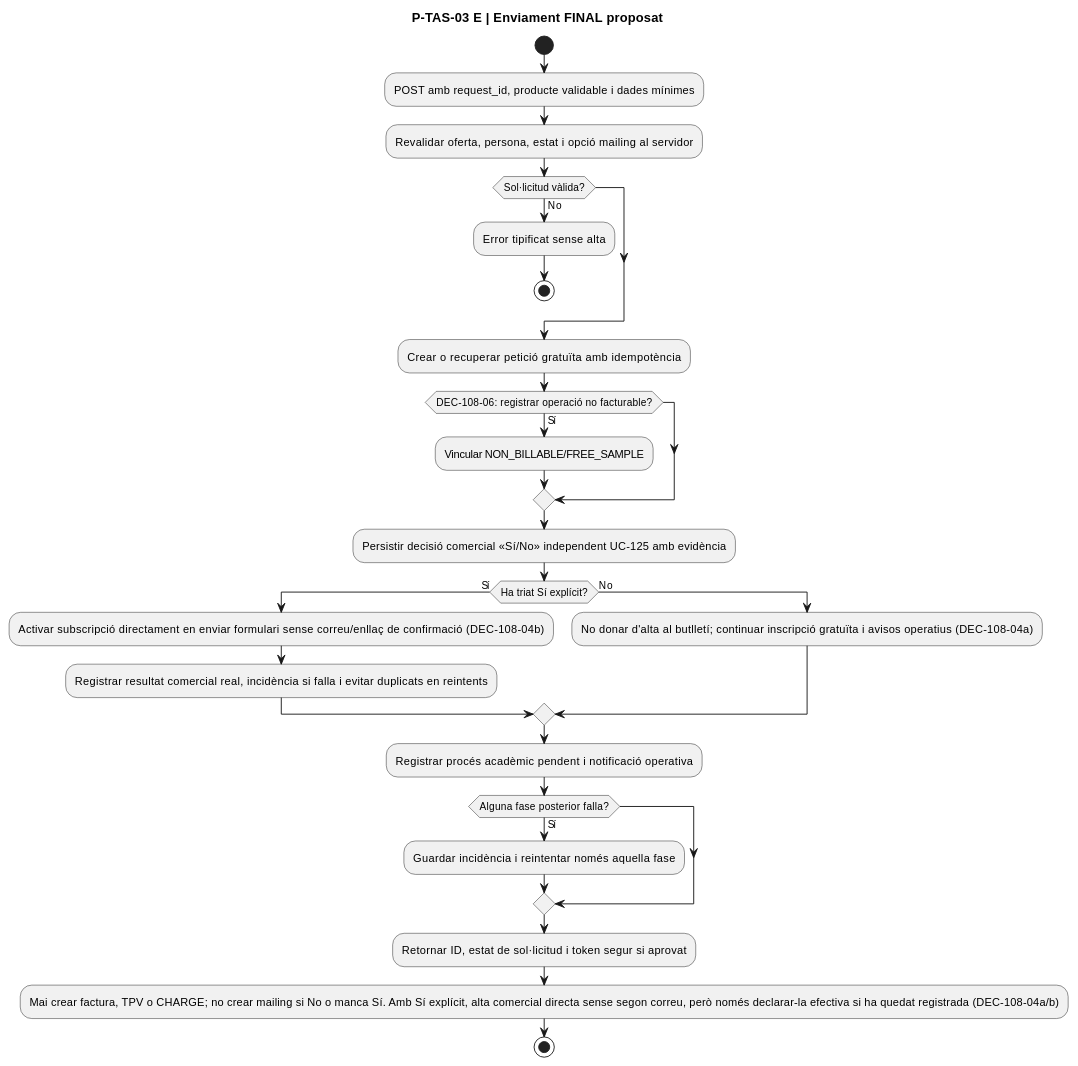
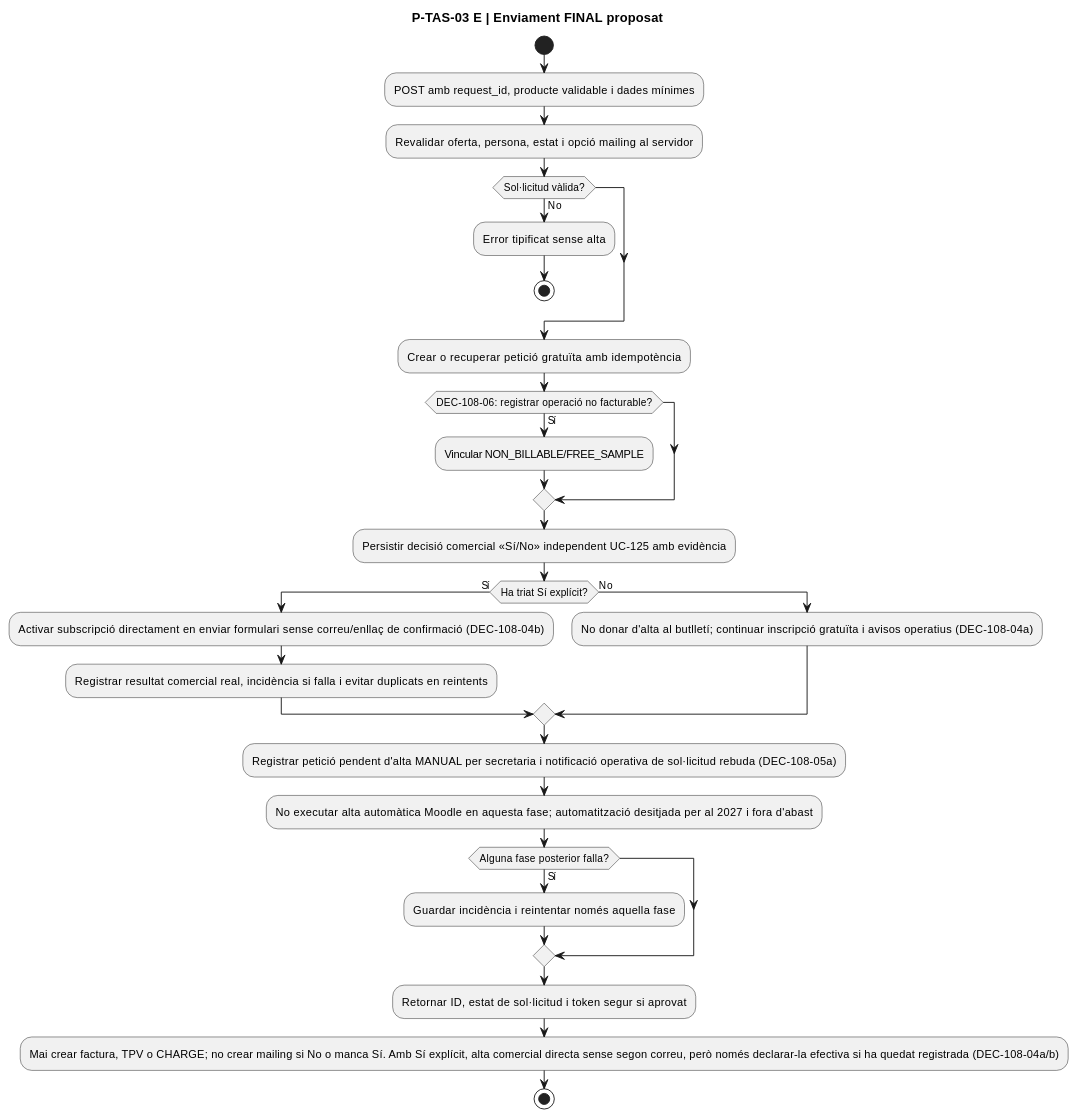
Diagram 26 of 32 in documentacio/07-uml-integrat/uc-108-activitats-pagines-tastets-actual-final.md (orgmeriemprismacat-del/verifactu), drawn with PlantUML before and after one commit. The commit also changed other lines of this file, not shown here.

Commit message:
docs(uml uc-108): reflect secretariat manual campus activation, 2027 automation future only

````diff
--- a/documentacio/07-uml-integrat/uc-108-activitats-pagines-tastets-actual-final.md
+++ b/documentacio/07-uml-integrat/uc-108-activitats-pagines-tastets-actual-final.md
@@ -636,30 +638,31 @@
 ```plantuml
 @startuml
 title P-TAS-03 E | Enviament FINAL proposat
 start
 :POST amb request_id, producte validable i dades mínimes;
 :Revalidar oferta, persona, estat i opció mailing al servidor;
 if (Sol·licitud vàlida?) then (No)
   :Error tipificat sense alta;
   stop
 endif
 :Crear o recuperar petició gratuïta amb idempotència;
 if (DEC-108-06: registrar operació no facturable?) then (Sí)
   :Vincular NON_BILLABLE/FREE_SAMPLE;
 endif
 :Persistir decisió comercial «Sí/No» independent UC-125 amb evidència;
 if (Ha triat Sí explícit?) then (Sí)
   :Activar subscripció directament en enviar formulari sense correu/enllaç de confirmació (DEC-108-04b);
   :Registrar resultat comercial real, incidència si falla i evitar duplicats en reintents;
 else (No)
   :No donar d'alta al butlletí; continuar inscripció gratuïta i avisos operatius (DEC-108-04a);
 endif
-:Registrar procés acadèmic pendent i notificació operativa;
+:Registrar petició pendent d'alta MANUAL per secretaria i notificació operativa de sol·licitud rebuda (DEC-108-05a);
+:No executar alta automàtica Moodle en aquesta fase; automatització desitjada per al 2027 i fora d'abast;
 if (Alguna fase posterior falla?) then (Sí)
   :Guardar incidència i reintentar només aquella fase;
 endif
 :Retornar ID, estat de sol·licitud i token segur si aprovat;
 :Mai crear factura, TPV o CHARGE; no crear mailing si No o manca Sí. Amb Sí explícit, alta comercial directa sense segon correu, però només declarar-la efectiva si ha quedat registrada (DEC-108-04a/b);
 stop
 @enduml
 ```
````
